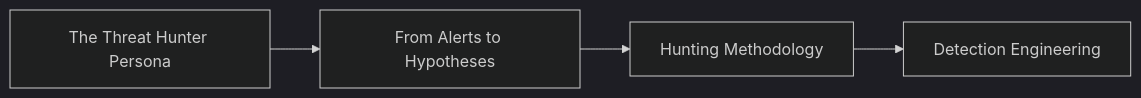
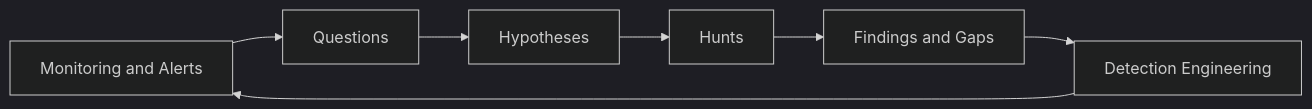
Before and after one commit to rjohnsen/threathunting-book: the first of 3 diagrams in content/part-1/introduction/from-alerts-to-hypothesis.md, drawn with Mermaid (dark theme). The commit also changed other lines of this file, not shown here.

Commit message:
Enhanced the from alerts to hypothesis article

````diff
--- a/content/part-1/introduction/from-alerts-to-hypothesis.md
+++ b/content/part-1/introduction/from-alerts-to-hypothesis.md
@@ -27,6 +43,9 @@
 ```mermaid
 flowchart LR
-    A[The Threat Hunter Persona] --> B[From Alerts to Hypotheses]
-    B --> C[Hunting Methodology]
-    C --> D[Detection Engineering]
+    A[Monitoring and Alerts] --> B[Questions]
+    B --> C[Hypotheses]
+    C --> D[Hunts]
+    D --> E[Findings and Gaps]
+    E --> F[Detection Engineering]
+    F --> A
 ```
````
